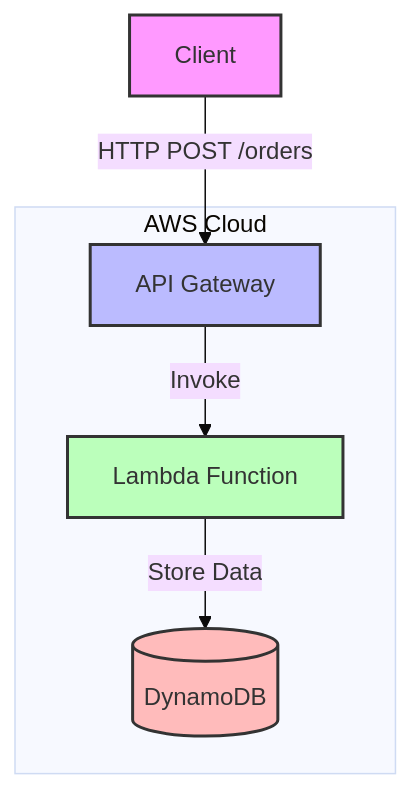
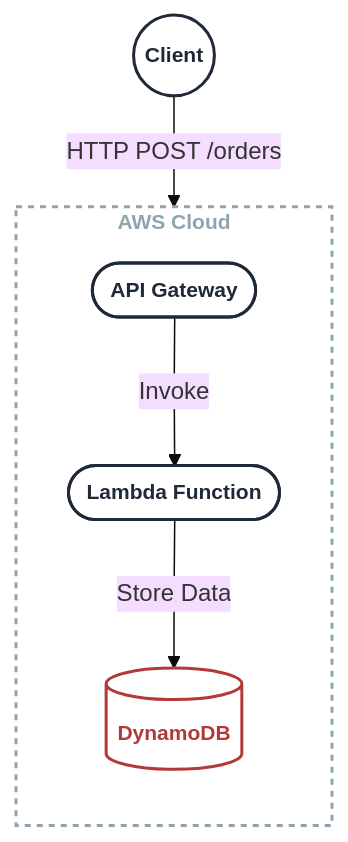
Before and after one commit to fredydlemus/ecommerce-serverless-aws: the diagram in README.md, drawn with Mermaid (base theme).

Commit message:
improve mermaid diagram

````diff
--- a/README.md
+++ b/README.md
@@ -17,17 +17,33 @@
 ```mermaid
+%%{init: {'flowchart': {'nodeSpacing': 50, 'rankSpacing': 50, 'fontFamily': 'Arial'}}}%%
 graph TD
-    Client[Client] -->|HTTP POST /orders| APIGW[API Gateway]
-    APIGW -->|Invoke| Lambda[Lambda Function]
-    Lambda -->|Store Data| DynamoDB[(DynamoDB)]
-    
-    subgraph AWS Cloud
-        APIGW
-        Lambda
-        DynamoDB
-    end
-    
-    style Client fill:#f9f,stroke:#333,stroke-width:2px
-    style APIGW fill:#bbf,stroke:#333,stroke-width:2px
-    style Lambda fill:#bfb,stroke:#333,stroke-width:2px
-    style DynamoDB fill:#fbb,stroke:#333,stroke-width:2px
+  %% Nodes
+  Client(("Client"))
+  APIGW(["API Gateway"])
+  Lambda(["Lambda Function"])
+  DynamoDB[(DynamoDB)]
+
+  %% Connections
+  Client -->|HTTP POST /orders| APIGW
+  APIGW -->|Invoke| Lambda
+  Lambda -->|Store Data| DynamoDB
+
+  %% AWS Cloud boundary
+  subgraph AWSCloud["AWS Cloud"]
+    direction TB
+    APIGW
+    Lambda
+    DynamoDB
+  end
+
+  %% Styling
+  classDef defaultNode fill:#ffffff,stroke:#1F2937,stroke-width:2px,rx:10,ry:10,color:#1F2937,font-weight:bold,font-size:14px;
+  classDef dbNode      fill:#ffffff,stroke:#B33939,stroke-width:2px,rx:10,ry:10,color:#B33939,font-weight:bold,font-size:14px;
+  classDef boundary    fill:none,stroke:#90A4AE,stroke-width:2px,stroke-dasharray:4 4,color:#90A4AE,font-weight:bold,font-size:14px;
+
+  %% Apply classes
+  class Client,APIGW,Lambda defaultNode
+  class DynamoDB dbNode
+  class AWSCloud boundary
+
 ```
````
